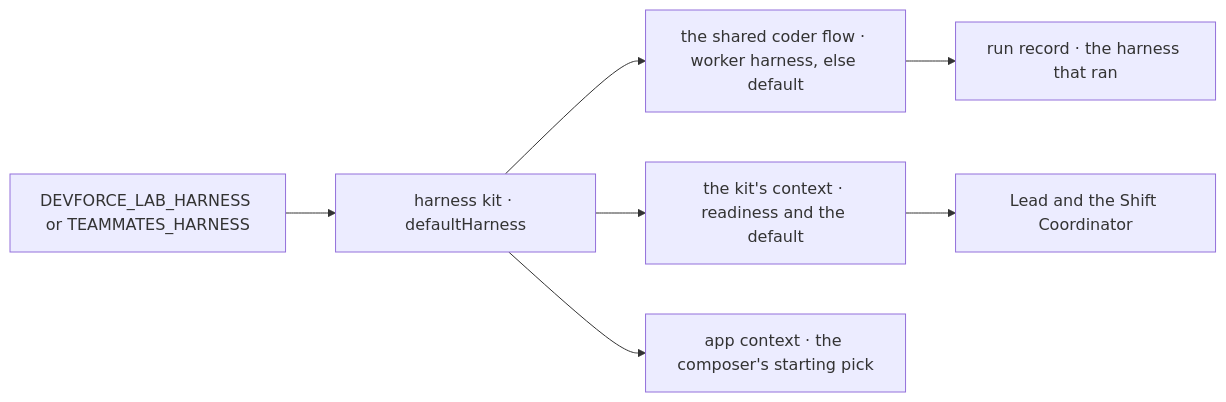
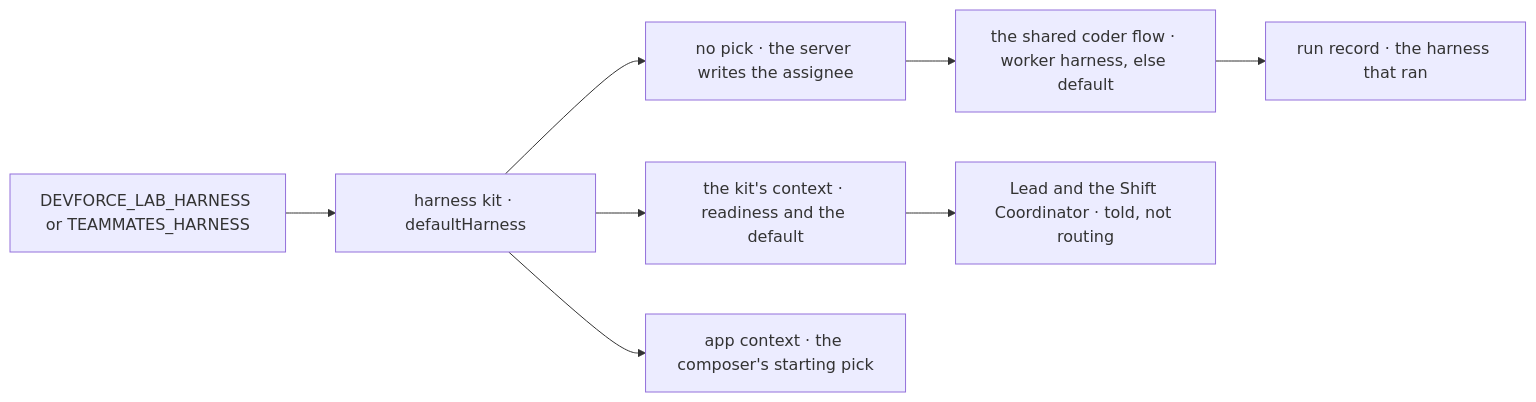
Before and after one commit to fixpoint-labs/flow-state-dev: the second of 2 diagrams in specs/issues/FIX-2877/SPEC.md, drawn with Mermaid. The commit also changed other lines of this file and 3 other files, not shown here.

First line of the commit message:
spec(FIX-2877): fold review round 1 — server-written no-pick assignee, removed-symbol readers, 7-to-3 count

````diff
--- a/specs/issues/FIX-2877/SPEC.md
+++ b/specs/issues/FIX-2877/SPEC.md
@@ -84,9 +106,10 @@
 ```mermaid
 flowchart LR
   E["DEVFORCE_LAB_HARNESS or TEAMMATES_HARNESS"] --> K["harness kit · defaultHarness"]
-  K --> F["the shared coder flow · worker harness, else default"]
+  K --> W["no pick · the server writes the assignee"]
+  W --> F["the shared coder flow · worker harness, else default"]
   K --> X["the kit's context · readiness and the default"]
-  X --> L["Lead and the Shift Coordinator"]
+  X --> L["Lead and the Shift Coordinator · told, not routing"]
   K --> V["app context · the composer's starting pick"]
   F --> R["run record · the harness that ran"]
 ```
````
